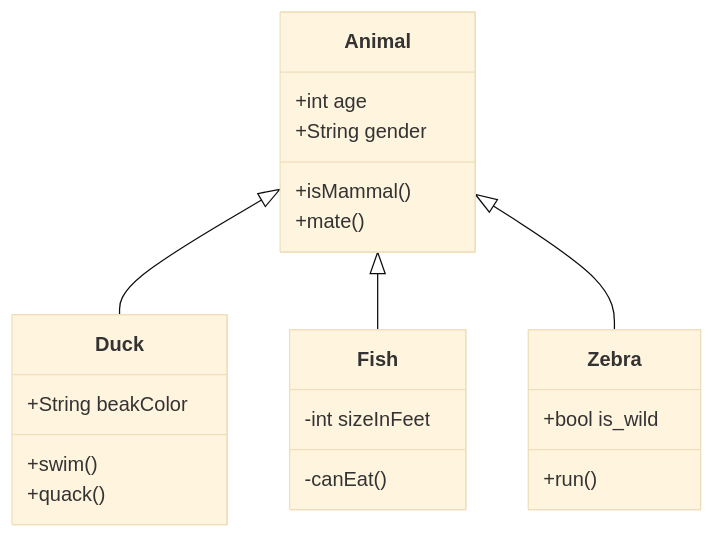
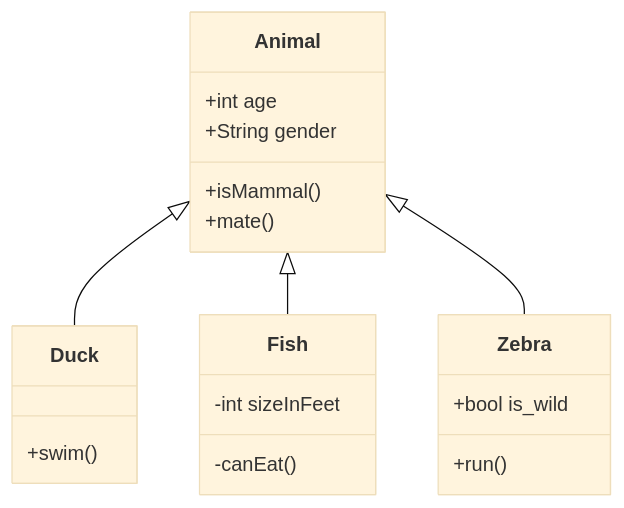
One commit to swimmio/csharp-shaul-test changed the second of 2 diagrams in .swm/mermaid-116-3.m6vdztmi.sw.md. Above: the diagram before and after it, drawn with Mermaid (base theme). The commit also changed other lines of this file, not shown here.

Commit message:
docs(swimm): update doc: "Mermaid 1.16 3"

````diff
--- a/.swm/mermaid-116-3.m6vdztmi.sw.md
+++ b/.swm/mermaid-116-3.m6vdztmi.sw.md
@@ -17,25 +27,22 @@
 ```mermaid
 classDiagram
 Animal <|-- Duck
 Animal <|-- Fish
 Animal <|-- Zebra
 Animal : +int age
 Animal : +String gender
 Animal: +isMammal()
 Animal: +mate()
 class Duck{
-+String beakColor
 +swim()
-+quack()
 }
 class Fish{
 \-int sizeInFeet
 \-canEat()
 }
 class Zebra{
 +bool is\_wild
 +run()
 }
 
-
 ```
````
